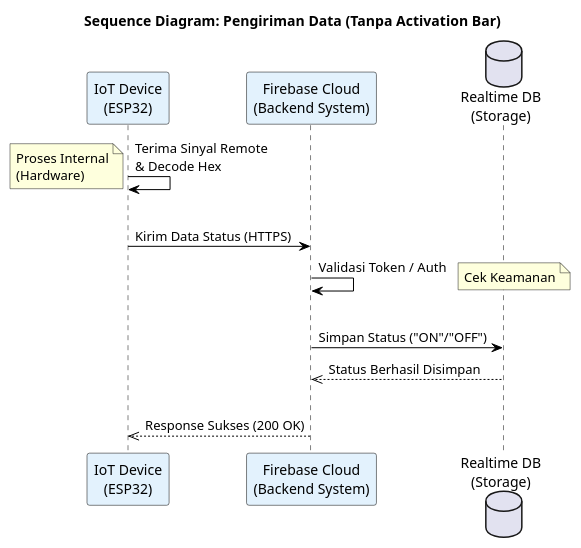
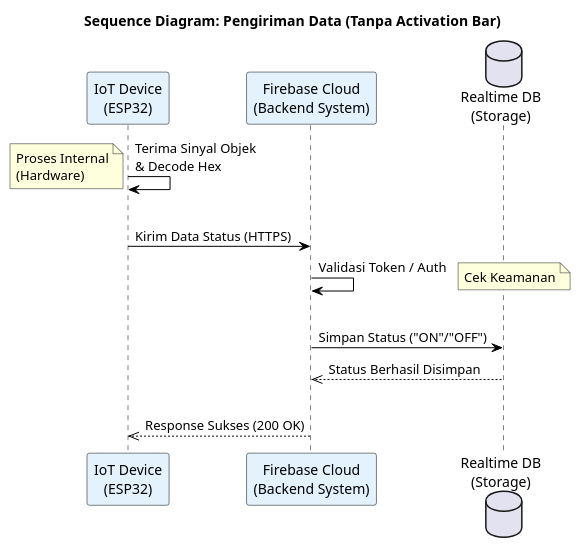
One commit to C-PPAW-TI503P-2025/PROJECT_Kelompok7_INFRARED changed the diagram in UML/SequenceDiagram.puml. Above: the diagram before and after it, drawn with PlantUML. The commit also changed 7 other files, not shown here.

Commit message:
Memperbaiki diagram UML agar lebih jelas dan akurat, termasuk memperbarui diagram alur, diagram kelas, dan ERD untuk mencerminkan perubahan input pengguna dan interaksi sistem.

```diff
--- a/UML/SequenceDiagram.puml
+++ b/UML/SequenceDiagram.puml
@@ -1,61 +1,61 @@
 @startuml
 skinparam sequence {
     ' --- STYLING ---
     ArrowColor Black
     
     ' Mengatur garis vertikal (lifeline)
     LifeLineBorderColor Black
     LifeLineBackgroundColor White
     
     ' Mengatur Kotak Judul (Participant)
     ParticipantBorderColor Black
     ParticipantBackgroundColor #E3F2FD
     ParticipantFontName Arial
     ParticipantFontSize 14
     
     ' Jarak antar panah (Padding) agar lega
     Padding 10
 }
 skinparam defaultFontName Arial
 
 title Sequence Diagram: Pengiriman Data (Tanpa Activation Bar)
 
 ' --- DEFINISI PEMAIN ---
 participant "IoT Device\n(ESP32)" as ESP32
 participant "Firebase Cloud\n(Backend System)" as Backend
 database "Realtime DB\n(Storage)" as DB
 
 ' --- ALUR PROSES ---
 
 ' 1. PROSES DI ALAT
 ' (Tanpa activate, langsung panah ke diri sendiri)
-ESP32 -> ESP32 : Terima Sinyal Remote\n& Decode Hex
+ESP32 -> ESP32 : Terima Sinyal Objek\n& Decode Hex
 note left: Proses Internal\n(Hardware)
 
 ' Jarak Kosong
 |||
 
 ' 2. KIRIM KE CLOUD
 ESP32 -> Backend : Kirim Data Status (HTTPS)
 
 ' 3. PROSES DI BACKEND
 Backend -> Backend : Validasi Token / Auth
 note right: Cek Keamanan
 
 ' Jarak Kosong
 |||
 
 ' 4. SIMPAN KE DATABASE
 Backend -> DB : Simpan Status ("ON"/"OFF")
 
 ' 5. KONFIRMASI DARI DATABASE
 ' (Garis putus-putus mendatar -->> tanda balasan)
 DB -->> Backend : Status Berhasil Disimpan
 
 ' Jarak Kosong
 |||
 
 ' 6. RESPON SUKSES KE ALAT
 Backend -->> ESP32 : Response Sukses (200 OK)
 
 @enduml
```
